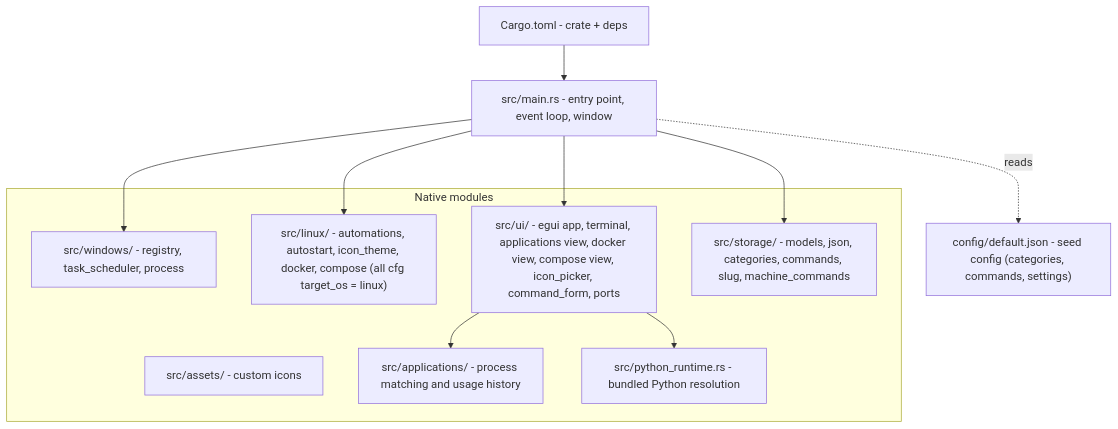
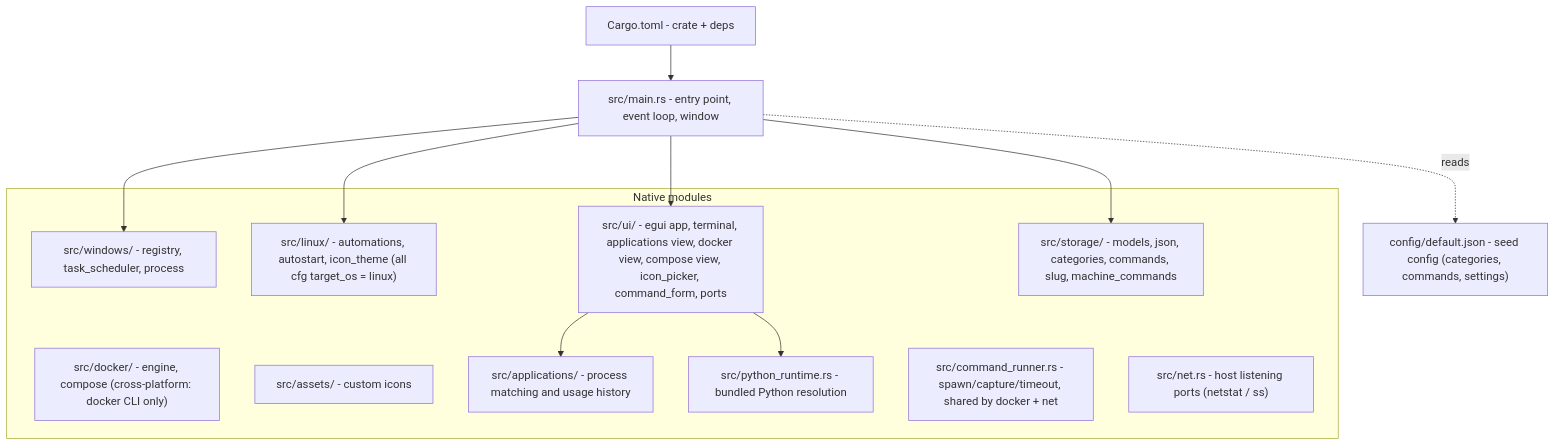
One commit to RebelliousSmile/DevToolBox changed the diagram in aidd_docs/memory/codebase-map.md. Above: the diagram before and after it, drawn with Mermaid. The commit also changed 18 other files, not shown here.

First line of the commit message:
feat(docker): run the docker tab on windows and map host ports

````diff
--- a/aidd_docs/memory/codebase-map.md
+++ b/aidd_docs/memory/codebase-map.md
@@ -6,26 +6,29 @@
 ```mermaid
 flowchart TD
     MAIN["src/main.rs - entry point, event loop, window"]
     CFG["config/default.json - seed config (categories, commands, settings)"]
     CARGO["Cargo.toml - crate + deps"]
 
     MAIN -.reads.-> CFG
     CARGO --> MAIN
 
     subgraph Native["Native modules"]
         WINMOD["src/windows/ - registry, task_scheduler, process"]
-        LINMOD["src/linux/ - automations, autostart, icon_theme, docker, compose (all cfg target_os = linux)"]
+        LINMOD["src/linux/ - automations, autostart, icon_theme (all cfg target_os = linux)"]
+        DOCKMOD["src/docker/ - engine, compose (cross-platform: docker CLI only)"]
         UIMOD["src/ui/ - egui app, terminal, applications view, docker view, compose view, icon_picker, command_form, ports"]
         STOREMOD["src/storage/ - models, json, categories, commands, slug, machine_commands"]
         ASSETS["src/assets/ - custom icons"]
         APPMOD["src/applications/ - process matching and usage history"]
         PYRUN["src/python_runtime.rs - bundled Python resolution"]
+        RUNNER["src/command_runner.rs - spawn/capture/timeout, shared by docker + net"]
+        NETMOD["src/net.rs - host listening ports (netstat / ss)"]
     end
 
     MAIN --> WINMOD
     MAIN --> LINMOD
     MAIN --> UIMOD
     MAIN --> STOREMOD
     UIMOD --> APPMOD
     UIMOD --> PYRUN
 ```
````
